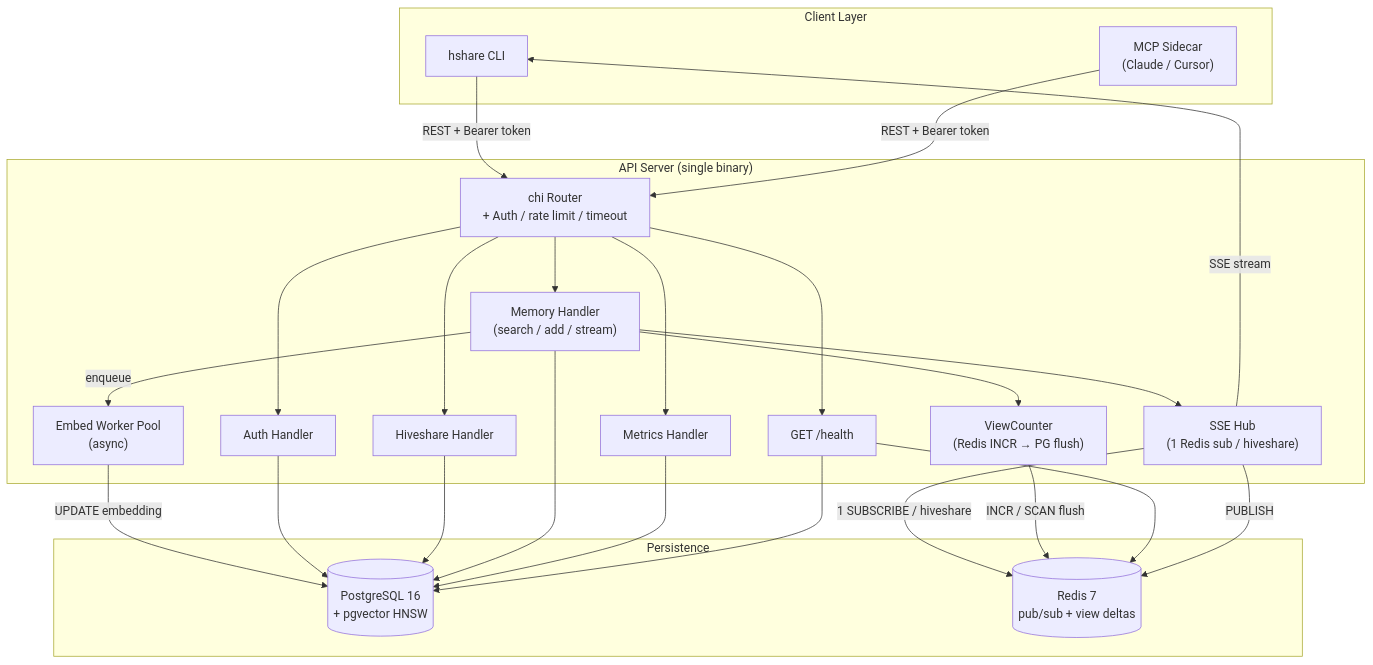
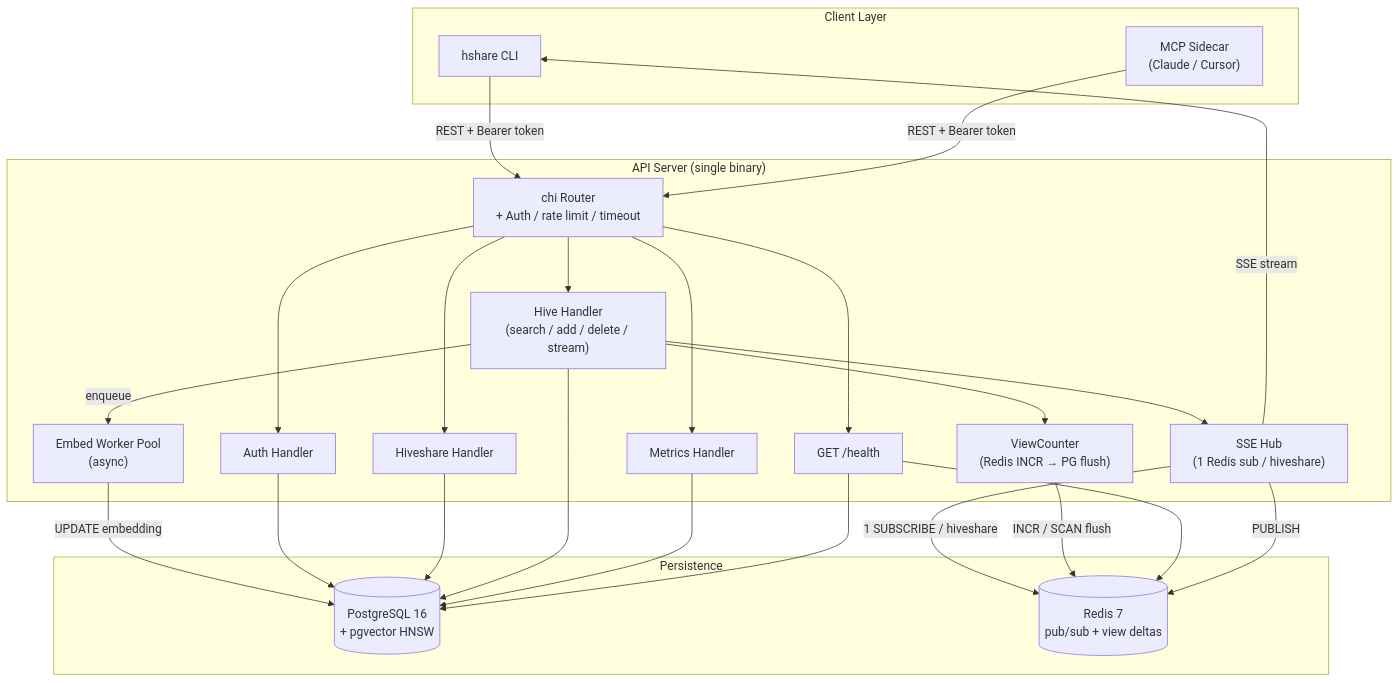
Before and after one commit to KB-perByte/hiveshare: the first of 8 diagrams in docs/ARCHITECTURE.md, drawn with Mermaid. The commit also changed other lines of this file and 30 other files, not shown here.

````diff
--- a/docs/ARCHITECTURE.md
+++ b/docs/ARCHITECTURE.md
@@ -9,46 +9,46 @@
 ```mermaid
 graph TB
     subgraph Clients["Client Layer"]
         CLI["hshare CLI"]
         MCP["MCP Sidecar\n(Claude / Cursor)"]
     end
 
     subgraph Server["API Server (single binary)"]
         Router["chi Router\n+ Auth / rate limit / timeout"]
         AuthH["Auth Handler"]
         HSH["Hiveshare Handler"]
-        MemH["Memory Handler\n(search / add / stream)"]
+        MemH["Hive Handler\n(search / add / delete / stream)"]
         MetH["Metrics Handler"]
         Health["GET /health"]
         EmbedW["Embed Worker Pool\n(async)"]
         Hub["SSE Hub\n(1 Redis sub / hiveshare)"]
         Views["ViewCounter\n(Redis INCR → PG flush)"]
     end
 
     subgraph Storage["Persistence"]
         PG[("PostgreSQL 16\n+ pgvector HNSW")]
         Redis[("Redis 7\npub/sub + view deltas")]
     end
 
     CLI -->|REST + Bearer token| Router
     MCP -->|REST + Bearer token| Router
     Router --> AuthH
     Router --> HSH
     Router --> MemH
     Router --> MetH
     Router --> Health
     MemH -->|enqueue| EmbedW
     EmbedW -->|UPDATE embedding| PG
     MemH --> Hub
     MemH --> Views
     Hub -->|1 SUBSCRIBE / hiveshare| Redis
     Hub -->|SSE stream| CLI
     Views -->|INCR / SCAN flush| Redis
     AuthH --> PG
     HSH --> PG
     MemH --> PG
     MetH --> PG
     Health --> PG
     Health --> Redis
     Hub -->|PUBLISH| Redis
 ```
````
